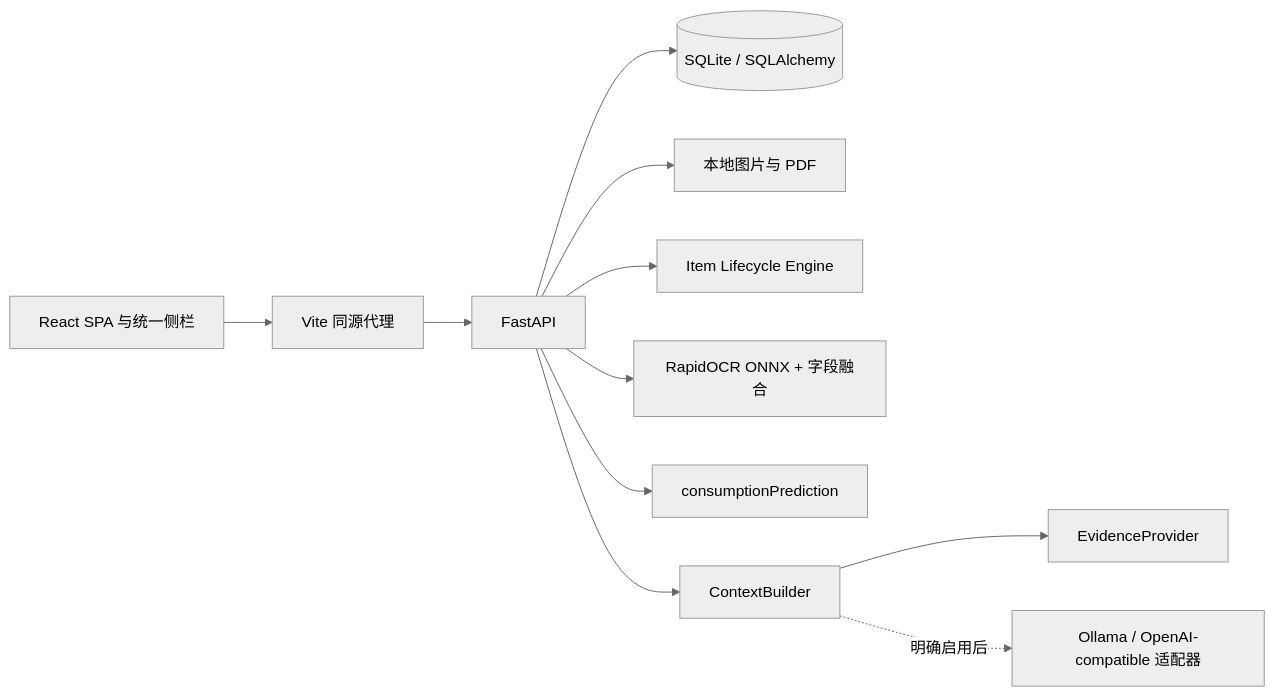
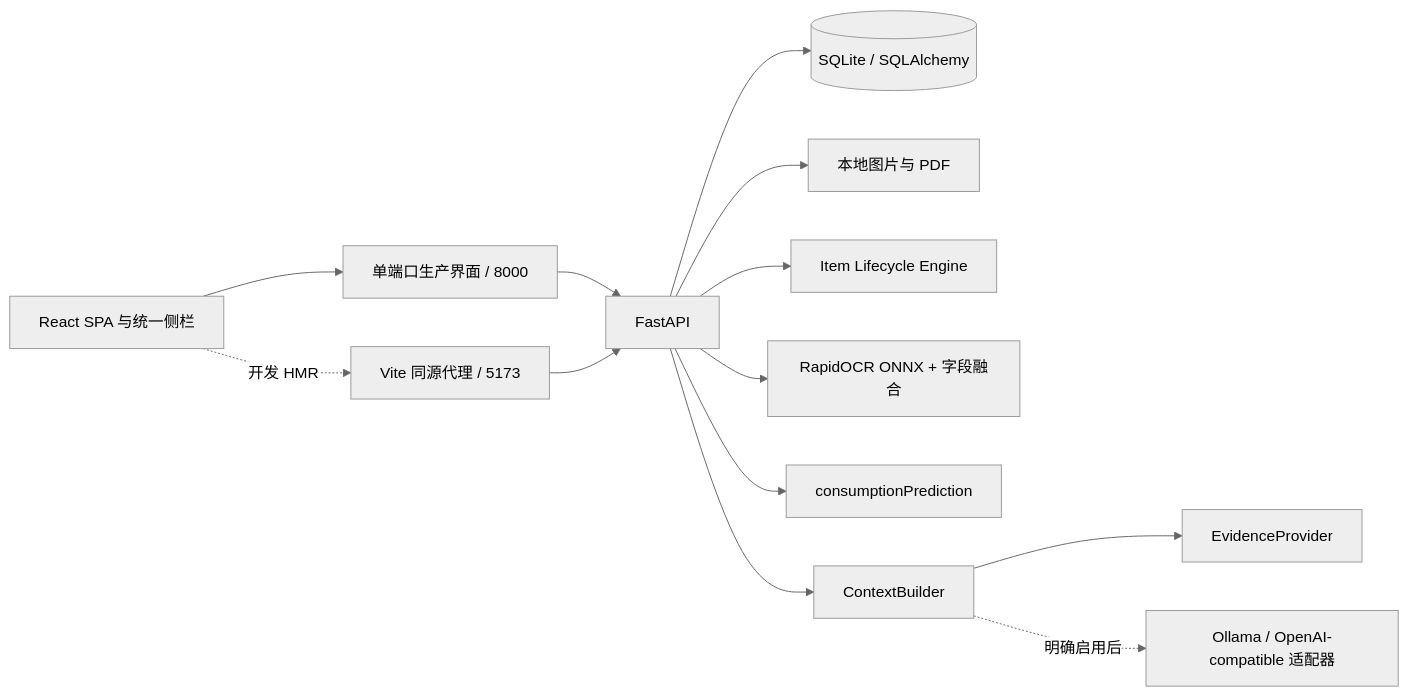
Before and after one commit to 3331083641-prog/wusheng: the diagram in docs/competition/architecture.md, drawn with Mermaid (neutral theme). The commit also changed other lines of this file and 17 other files, not shown here.

````diff
--- a/docs/competition/architecture.md
+++ b/docs/competition/architecture.md
@@ -3,13 +3,15 @@
 ```mermaid
 flowchart LR
-  UI[React SPA 与统一侧栏] --> Proxy[Vite 同源代理]
-  Proxy --> API[FastAPI]
+  UI[React SPA 与统一侧栏] --> Hosting[单端口生产界面 / 8000]
+  Hosting --> API[FastAPI]
+  UI -.开发 HMR.-> Proxy[Vite 同源代理 / 5173]
+  Proxy --> API
   API --> DB[(SQLite / SQLAlchemy)]
   API --> Files[本地图片与 PDF]
   API --> Life[Item Lifecycle Engine]
   API --> OCR[RapidOCR ONNX + 字段融合]
   API --> Predict[consumptionPrediction]
   API --> Context[ContextBuilder]
   Context --> Rules[EvidenceProvider]
   Context -.明确启用后.-> Providers[Ollama / OpenAI-compatible 适配器]
 ```
````
